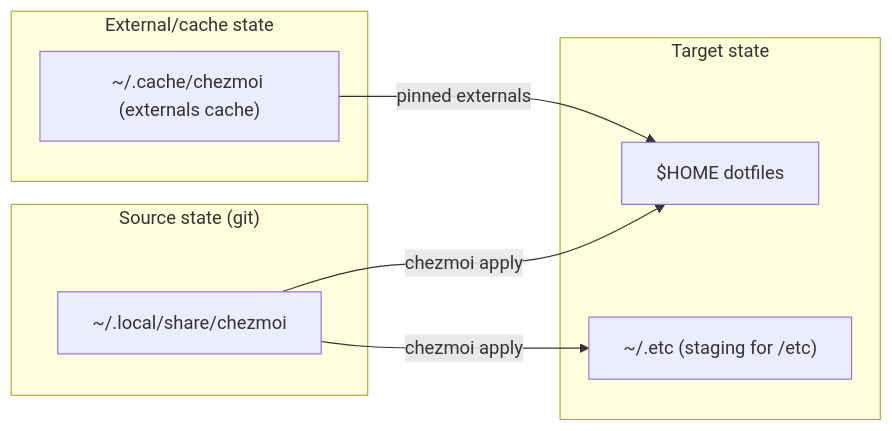
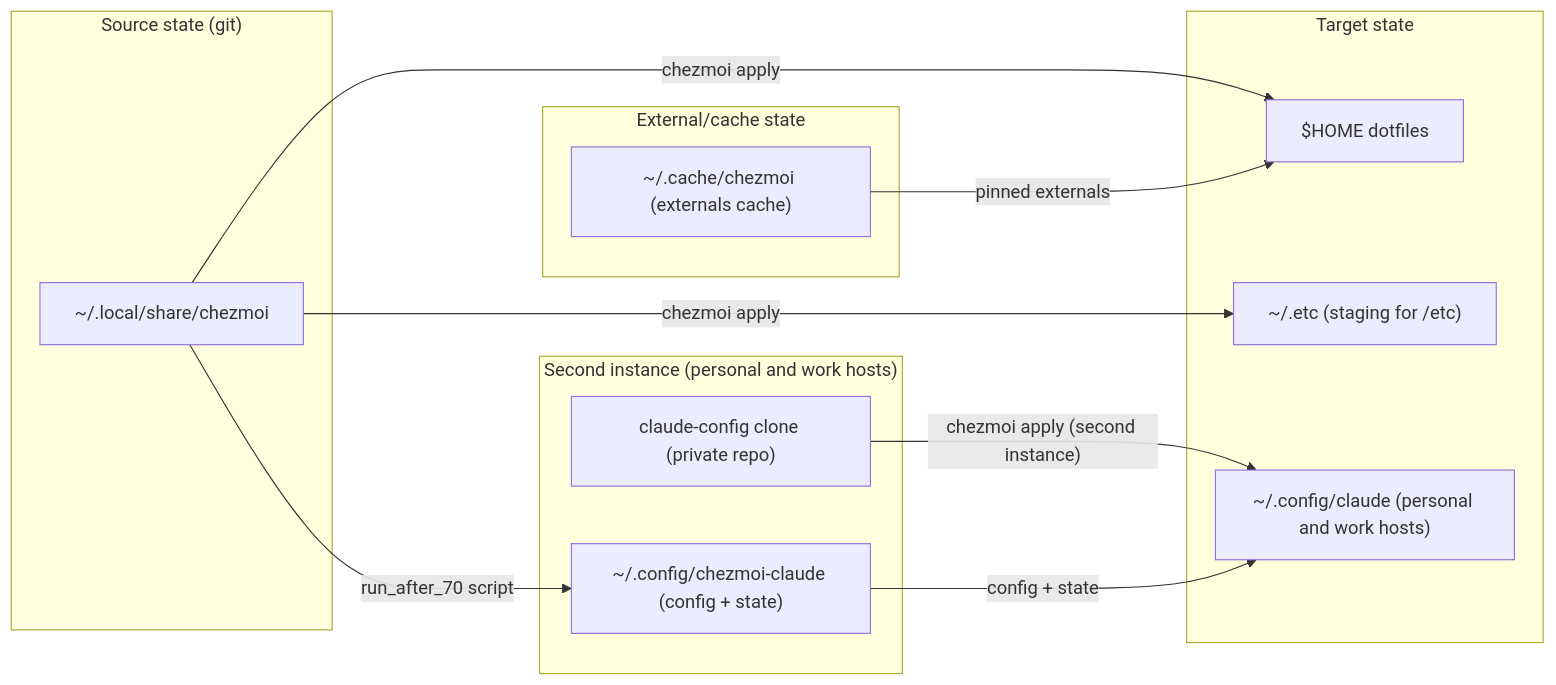
The third of 3 diagrams in docs/ARCHITECTURE.md (rvenutolo/dotfiles), drawn with Mermaid before and after one commit. The commit also changed other lines of this file and 2 other files, not shown here.

Commit message:
docs: describe the claude-config second instance
Claude-Session: https://claude.ai/code/session_01Gsmo7kSKvPPND5ubAm5bqG

````diff
--- a/docs/ARCHITECTURE.md
+++ b/docs/ARCHITECTURE.md
@@ -64,17 +64,25 @@
 ```mermaid
 flowchart LR
     subgraph src["Source state (git)"]
         s1["~/.local/share/chezmoi"]
     end
     subgraph tgt["Target state"]
         t1["$HOME dotfiles"]
         t2["~/.etc (staging for /etc)"]
+        t3["~/.config/claude (personal and work hosts)"]
     end
     subgraph ext["External/cache state"]
         e1["~/.cache/chezmoi (externals cache)"]
+    end
+    subgraph cc["Second instance (personal and work hosts)"]
+        c1["claude-config clone (private repo)"]
+        c2["~/.config/chezmoi-claude (config + state)"]
     end
 
     s1 -- "chezmoi apply" --> t1
     s1 -- "chezmoi apply" --> t2
     e1 -- "pinned externals" --> t1
+    s1 -- "run_after_70 script" --> c2
+    c1 -- "chezmoi apply (second instance)" --> t3
+    c2 -- "config + state" --> t3
 ```
````
